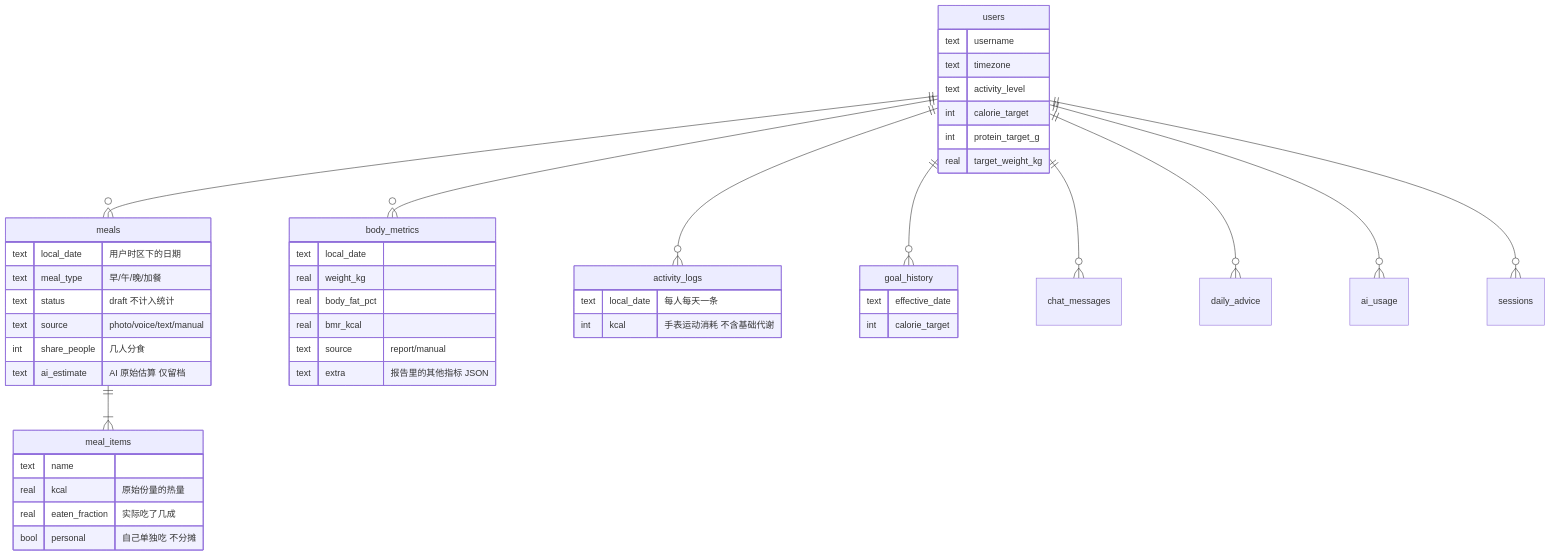
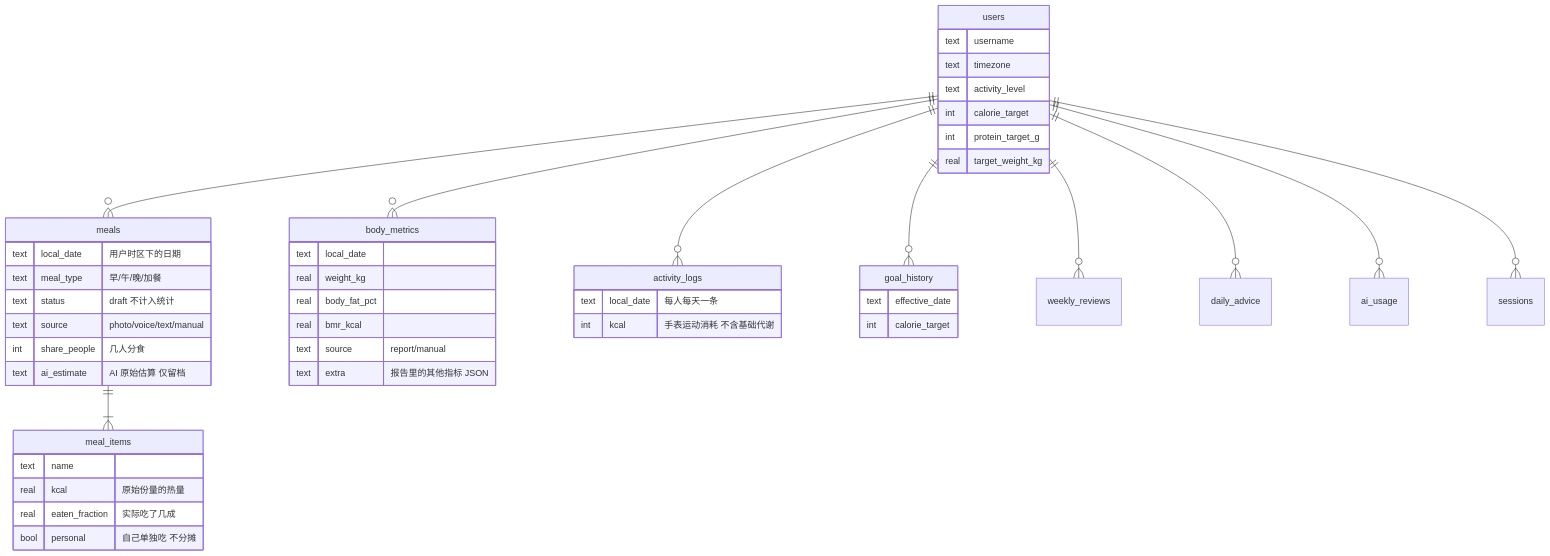
The third of 4 diagrams in README.md (hypepsi/dailyfood), drawn with Mermaid before and after one commit. The commit also changed other lines of this file and 20 other files, not shown here.

````diff
--- a/README.md
+++ b/README.md
@@ -268,51 +268,51 @@
 ```mermaid
 erDiagram
     users ||--o{ meals : ""
     users ||--o{ body_metrics : ""
     users ||--o{ activity_logs : ""
     users ||--o{ goal_history : ""
-    users ||--o{ chat_messages : ""
+    users ||--o{ weekly_reviews : ""
     users ||--o{ daily_advice : ""
     users ||--o{ ai_usage : ""
     users ||--o{ sessions : ""
     meals ||--|{ meal_items : ""
 
     users {
         text username
         text timezone
         text activity_level
         int calorie_target
         int protein_target_g
         real target_weight_kg
     }
     meals {
         text local_date "用户时区下的日期"
         text meal_type "早/午/晚/加餐"
         text status "draft 不计入统计"
         text source "photo/voice/text/manual"
         int share_people "几人分食"
         text ai_estimate "AI 原始估算 仅留档"
     }
     meal_items {
         text name
         real kcal "原始份量的热量"
         real eaten_fraction "实际吃了几成"
         bool personal "自己单独吃 不分摊"
     }
     body_metrics {
         text local_date
         real weight_kg
         real body_fat_pct
         real bmr_kcal
         text source "report/manual"
         text extra "报告里的其他指标 JSON"
     }
     activity_logs {
         text local_date "每人每天一条"
         int kcal "手表运动消耗 不含基础代谢"
     }
     goal_history {
         text effective_date
         int calorie_target
     }
 ```
````
